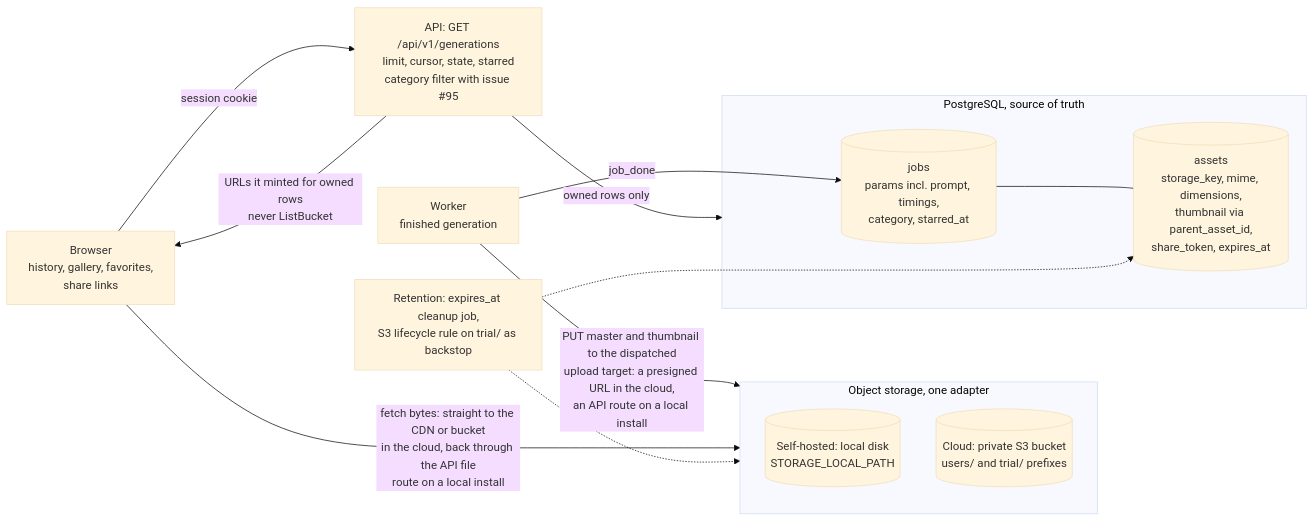
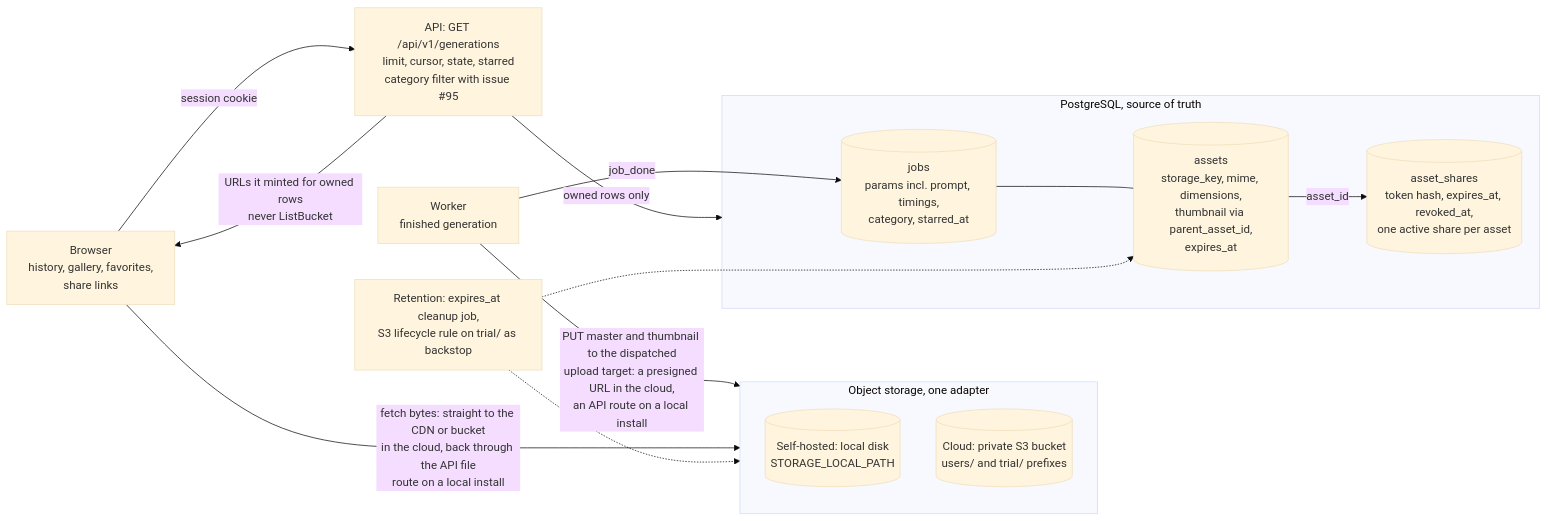
Before and after one commit to Portocolom-Studio/potocolom: diagram 14 of 15 in docs/architecture.md, drawn with Mermaid (base theme). The commit also changed other lines of this file and 11 other files, not shown here.

First line of the commit message:
Share one picture with a link (#391)

````diff
--- a/docs/architecture.md
+++ b/docs/architecture.md
@@ -571,24 +571,26 @@
 ```mermaid
 flowchart LR
     W["Worker<br>finished generation"]
     subgraph STORE["Object storage, one adapter"]
         LD[("Self-hosted: local disk<br>STORAGE_LOCAL_PATH")]
         S3[("Cloud: private S3 bucket<br>users/ and trial/ prefixes")]
     end
     subgraph PG["PostgreSQL, source of truth"]
         J[("jobs<br>params incl. prompt, timings,<br>category, starred_at")]
-        AS[("assets<br>storage_key, mime, dimensions,<br>thumbnail via parent_asset_id,<br>share_token, expires_at")]
+        AS[("assets<br>storage_key, mime, dimensions,<br>thumbnail via parent_asset_id,<br>expires_at")]
+        SH[("asset_shares<br>token hash, expires_at, revoked_at,<br>one active share per asset")]
+        AS -->|"asset_id"| SH
     end
     B["Browser<br>history, gallery, favorites,<br>share links"]
     API["API: GET /api/v1/generations<br>limit, cursor, state, starred<br>category filter with issue #95"]
     CLEAN["Retention: expires_at cleanup job,<br>S3 lifecycle rule on trial/ as backstop"]
     W -->|"PUT master and thumbnail to the dispatched<br>upload target: a presigned URL in the cloud,<br>an API route on a local install"| STORE
     W -->|"job_done"| J
     J --- AS
     B -->|"session cookie"| API
     API -->|"owned rows only"| PG
     API -->|"URLs it minted for owned rows<br>never ListBucket"| B
     B -->|"fetch bytes: straight to the CDN or bucket<br>in the cloud, back through the API file<br>route on a local install"| STORE
     CLEAN -.-> AS
     CLEAN -.-> STORE
 ```
````
